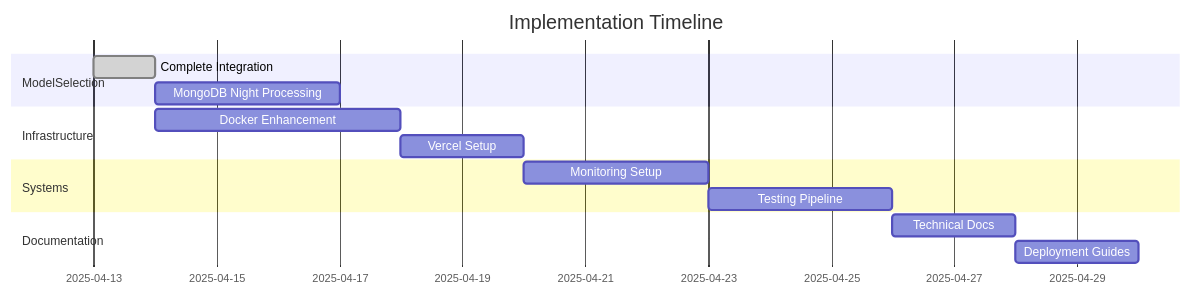
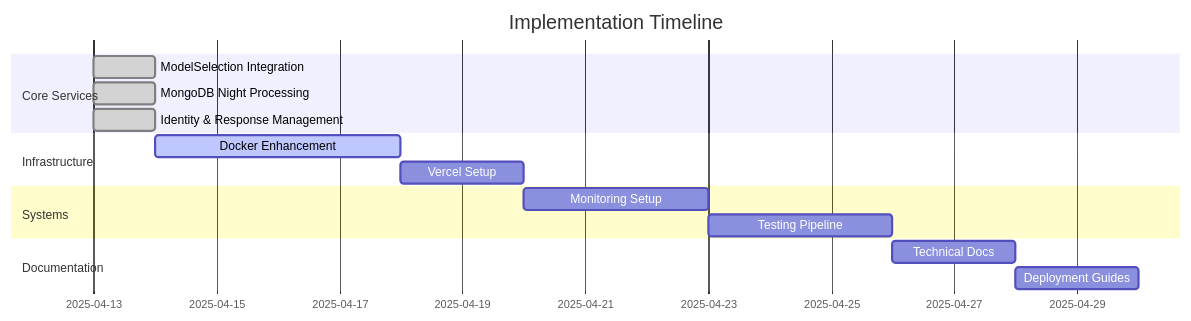
One commit to alanchelmickjr/memoRable changed the second of 2 diagrams in memoRable_implementation_plan.md. Above: the diagram before and after it, drawn with Mermaid. The commit also changed other lines of this file and 6 other files, not shown here.

Commit message:
identity and dream state and final response core files

````diff
--- a/memoRable_implementation_plan.md
+++ b/memoRable_implementation_plan.md
@@ -116,17 +149,18 @@
 ```mermaid
 gantt
     title Implementation Timeline
     dateFormat  YYYY-MM-DD
-    section ModelSelection
-    Complete Integration    :done, 2025-04-13, 1d
-    MongoDB Night Processing :2025-04-14, 3d
+    section Core Services
+    ModelSelection Integration    :done, 2025-04-13, 1d
+    MongoDB Night Processing     :done, 2025-04-13, 1d
+    Identity & Response Management :done, 2025-04-13, 1d
     section Infrastructure
-    Docker Enhancement     :2025-04-14, 4d
+    Docker Enhancement     :active, 2025-04-14, 4d
     Vercel Setup          :2025-04-18, 2d
     section Systems
     Monitoring Setup      :2025-04-20, 3d
     Testing Pipeline      :2025-04-23, 3d
     section Documentation
     Technical Docs        :2025-04-26, 2d
     Deployment Guides     :2025-04-28, 2d
 ```
````
